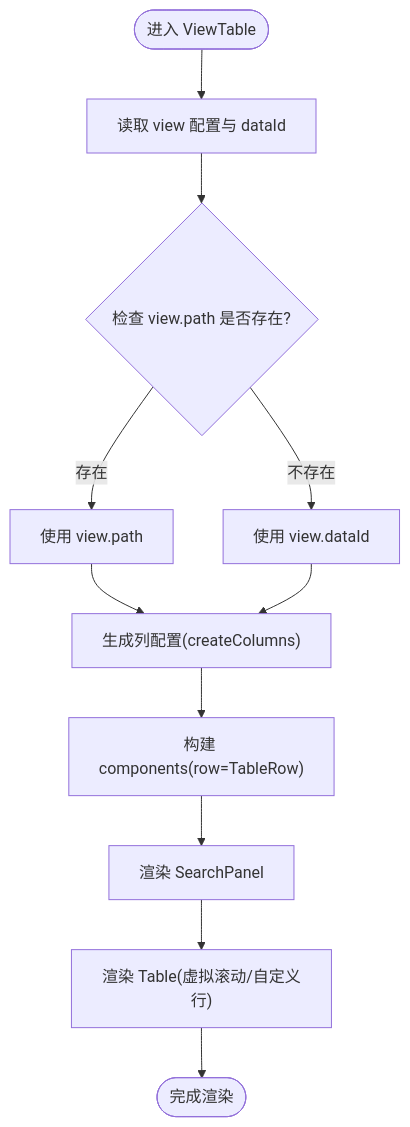
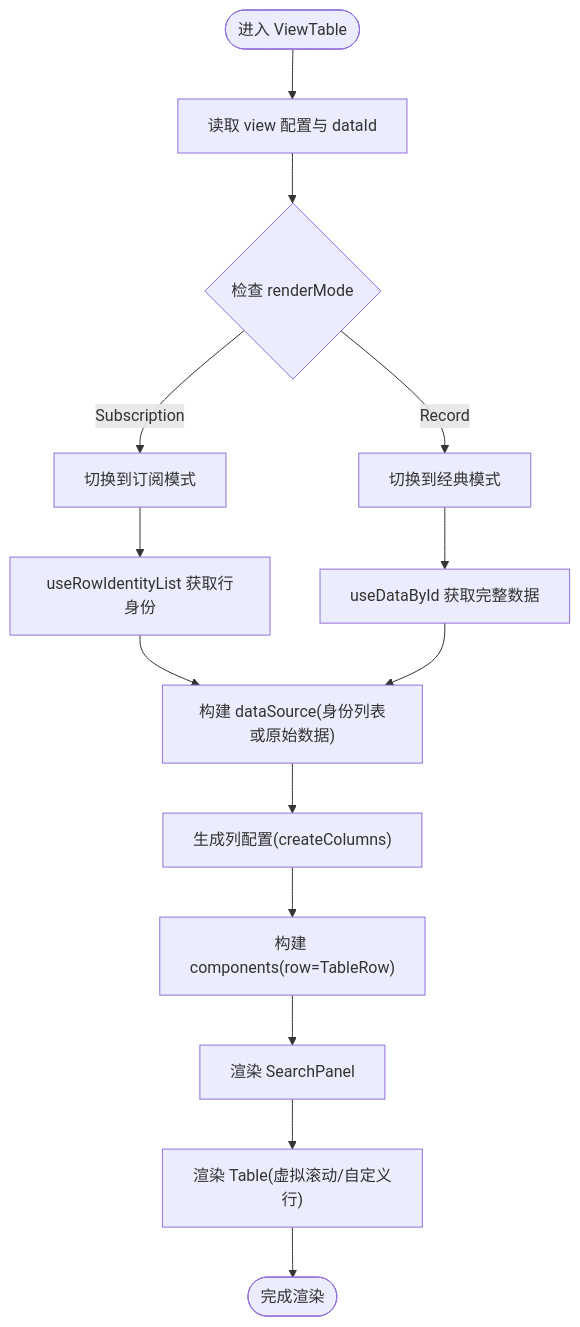
The third of 8 diagrams in .qoder/repowiki/zh/content/组件库/数据组件/表格组件.md (liqiongke/FrontArk), drawn with Mermaid before and after one commit. The commit also changed other lines of this file and 20 other files, not shown here.

````diff
--- a/.qoder/repowiki/zh/content/组件库/数据组件/表格组件.md
+++ b/.qoder/repowiki/zh/content/组件库/数据组件/表格组件.md
@@ -164,13 +191,16 @@
 ```mermaid
 flowchart TD
 Start(["进入 ViewTable"]) --> ReadCfg["读取 view 配置与 dataId"]
-ReadCfg --> CheckPath{"检查 view.path 是否存在?"}
-CheckPath --> |存在| UsePath["使用 view.path"]
-CheckPath --> |不存在| UseDataId["使用 view.dataId"]
-UsePath --> GenCols["生成列配置(createColumns)"]
-UseDataId --> GenCols
+ReadCfg --> CheckMode{"检查 renderMode"}
+CheckMode --> |Subscription| SubMode["切换到订阅模式"]
+CheckMode --> |Record| RecMode["切换到经典模式"]
+SubMode --> GetIdentity["useRowIdentityList 获取行身份"]
+GetIdentity --> BuildDS["构建 dataSource(身份列表或原始数据)"]
+RecMode --> GetData["useDataById 获取完整数据"]
+GetData --> BuildDS
+BuildDS --> GenCols["生成列配置(createColumns)"]
 GenCols --> BuildComp["构建 components(row=TableRow)"]
 BuildComp --> RenderSP["渲染 SearchPanel"]
 RenderSP --> RenderTable["渲染 Table(虚拟滚动/自定义行)"]
 RenderTable --> End(["完成渲染"])
 ```
````
